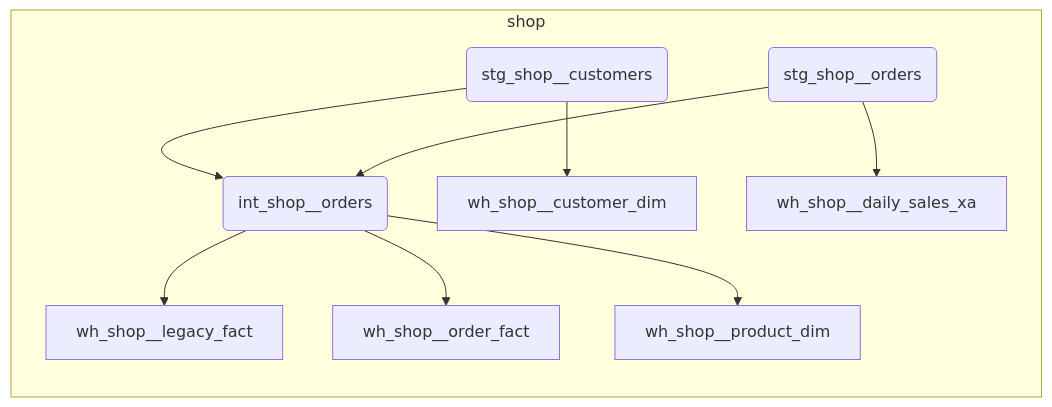
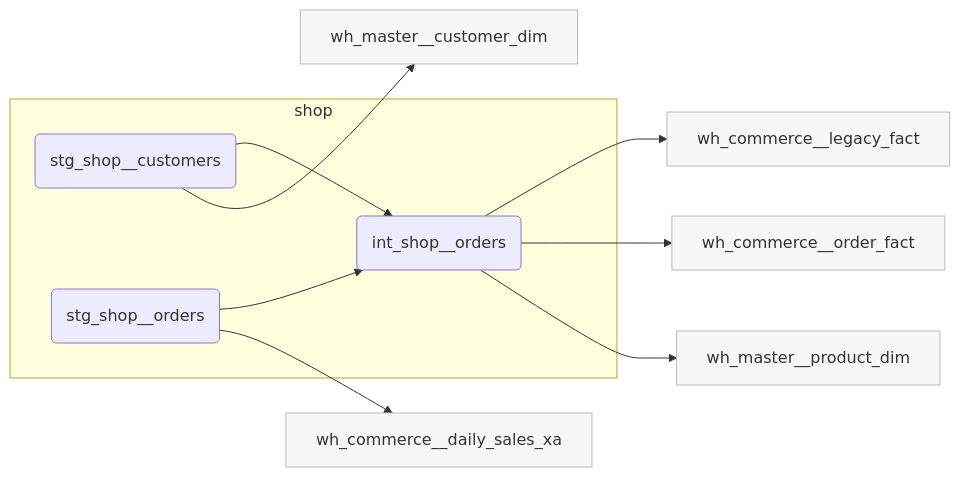
The fourth of 4 diagrams in docs/example/lineage.md (sav-sus/Hunter), drawn with Mermaid before and after one commit. The commit also changed other lines of this file and 130 other files, not shown here.

First line of the commit message:
Add the roadmap, verified status, layer discovery and Pages publishing

````diff
--- a/docs/example/lineage.md
+++ b/docs/example/lineage.md
@@ -28,20 +67,25 @@
 ```mermaid
 flowchart LR
   subgraph focus["shop"]
     int_shop__orders("int_shop__orders")
     stg_shop__customers("stg_shop__customers")
     stg_shop__orders("stg_shop__orders")
-    wh_shop__customer_dim["wh_shop__customer_dim"]
-    wh_shop__daily_sales_xa["wh_shop__daily_sales_xa"]
-    wh_shop__legacy_fact["wh_shop__legacy_fact"]
-    wh_shop__order_fact["wh_shop__order_fact"]
-    wh_shop__product_dim["wh_shop__product_dim"]
   end
+  wh_commerce__daily_sales_xa["wh_commerce__daily_sales_xa"]
+  style wh_commerce__daily_sales_xa fill:#f7f7f7,stroke:#bbb
+  wh_commerce__legacy_fact["wh_commerce__legacy_fact"]
+  style wh_commerce__legacy_fact fill:#f7f7f7,stroke:#bbb
+  wh_commerce__order_fact["wh_commerce__order_fact"]
+  style wh_commerce__order_fact fill:#f7f7f7,stroke:#bbb
+  wh_master__customer_dim["wh_master__customer_dim"]
+  style wh_master__customer_dim fill:#f7f7f7,stroke:#bbb
+  wh_master__product_dim["wh_master__product_dim"]
+  style wh_master__product_dim fill:#f7f7f7,stroke:#bbb
   stg_shop__customers --> int_shop__orders
   stg_shop__orders --> int_shop__orders
-  int_shop__orders --> wh_shop__legacy_fact
-  int_shop__orders --> wh_shop__order_fact
-  int_shop__orders --> wh_shop__product_dim
-  stg_shop__customers --> wh_shop__customer_dim
-  stg_shop__orders --> wh_shop__daily_sales_xa
+  int_shop__orders --> wh_commerce__legacy_fact
+  int_shop__orders --> wh_commerce__order_fact
+  int_shop__orders --> wh_master__product_dim
+  stg_shop__customers --> wh_master__customer_dim
+  stg_shop__orders --> wh_commerce__daily_sales_xa
 ```
````
